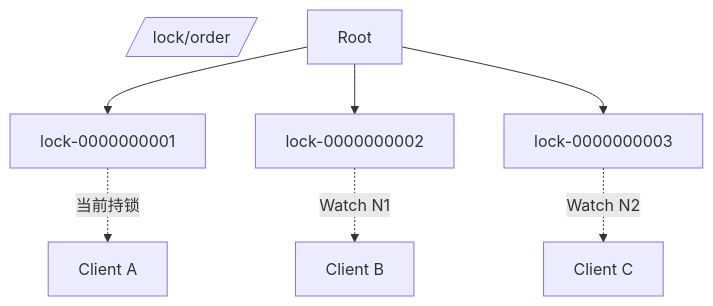
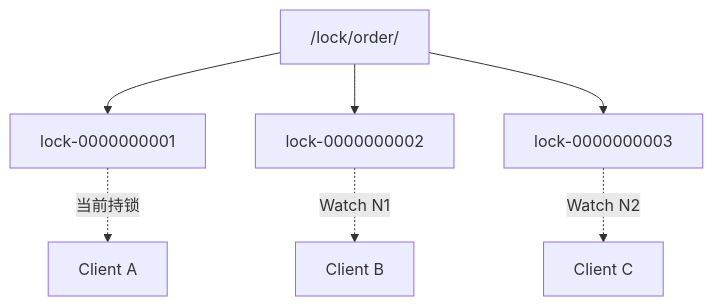
The third of 4 diagrams in content/posts/distributed-lock-comparison.md (tanteng/blog), drawn with Mermaid before and after one commit. The commit also changed other lines of this file, not shown here.

````diff
--- a/content/posts/distributed-lock-comparison.md
+++ b/content/posts/distributed-lock-comparison.md
@@ -215,10 +153,9 @@
 ```mermaid
 graph TB
-    Root[/lock/order/]
-    R1[Root] --> N1[lock-0000000001]
+    R1["/lock/order/"] --> N1[lock-0000000001]
     R1 --> N2[lock-0000000002]
     R1 --> N3[lock-0000000003]
     N1 -.当前持锁.-> C1[Client A]
     N2 -.Watch N1.-> C2[Client B]
     N3 -.Watch N2.-> C3[Client C]
 ```
````
